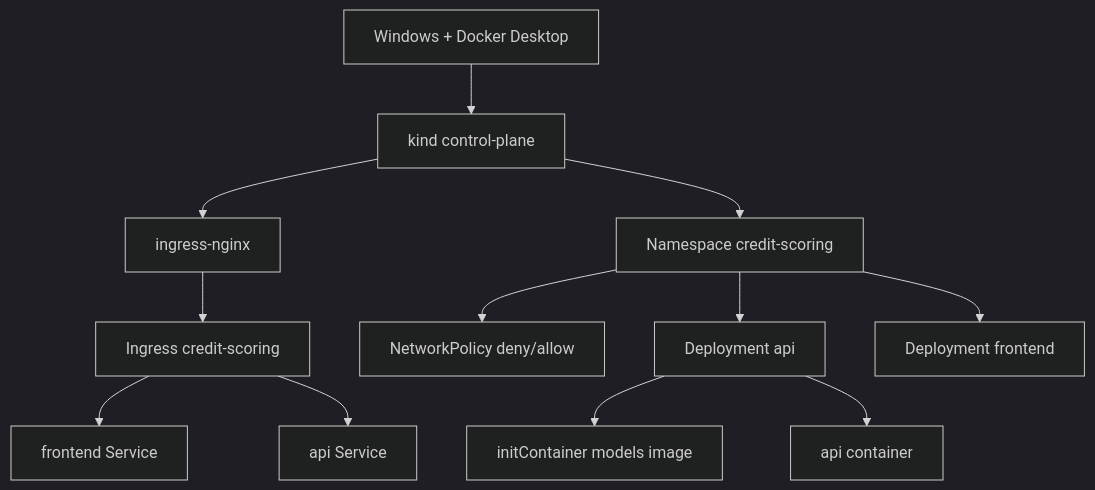
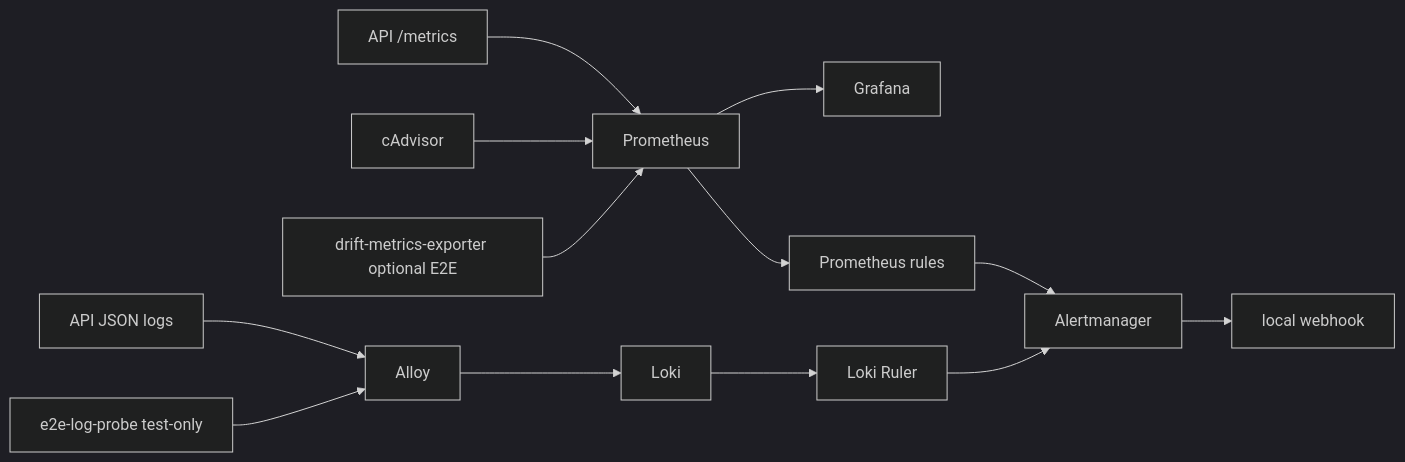
One commit to Serg2311-prog/credit-scoring-mlops-deployment changed the fourth of 7 diagrams in docs/architecture/overview.md. Above: the diagram before and after it, drawn with Mermaid (dark theme). The commit also changed other lines of this file and 19 other files, not shown here.

````diff
--- a/docs/architecture/overview.md
+++ b/docs/architecture/overview.md
@@ -24,14 +115,15 @@
 ```mermaid
-flowchart TB
-  Host[Windows + Docker Desktop] --> Kind[kind control-plane]
-  Kind --> IngNS[ingress-nginx]
-  Kind --> NS[Namespace credit-scoring]
-  IngNS --> Ing[Ingress credit-scoring]
-  Ing --> FE[frontend Service]
-  Ing --> API[api Service]
-  NS --> NP[NetworkPolicy deny/allow]
-  NS --> DEPAPI[Deployment api]
-  NS --> DEPFE[Deployment frontend]
-  DEPAPI --> INIT[initContainer models image]
-  DEPAPI --> CTR[api container]
+flowchart LR
+  API2[API /metrics] --> P2[Prometheus]
+  CAD[cAdvisor] --> P2
+  DEX[drift-metrics-exporter optional E2E] --> P2
+  P2 --> G2[Grafana]
+  P2 --> R2[Prometheus rules]
+  API3[API JSON logs] --> A3[Alloy]
+  PROBE[e2e-log-probe test-only] --> A3
+  A3 --> L3[Loki]
+  L3 --> LR[Loki Ruler]
+  R2 --> AM2[Alertmanager]
+  LR --> AM2
+  AM2 --> WH2[local webhook]
 ```
````
